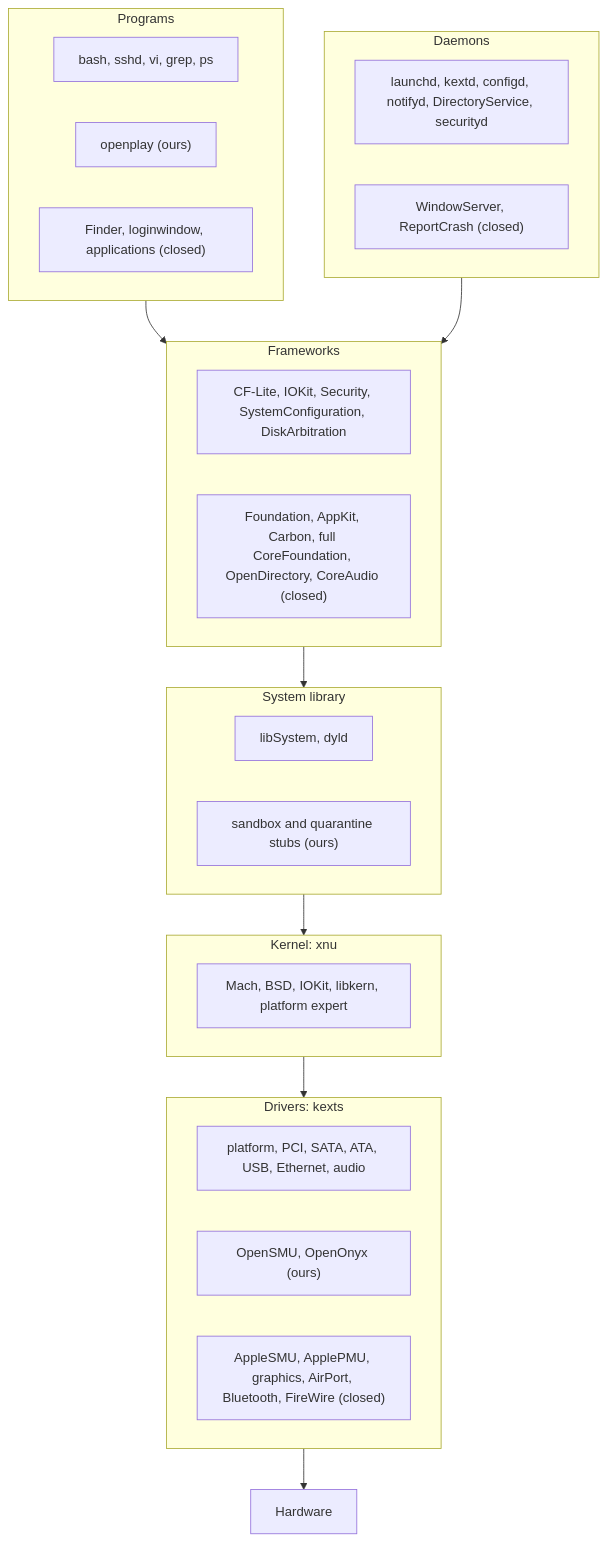
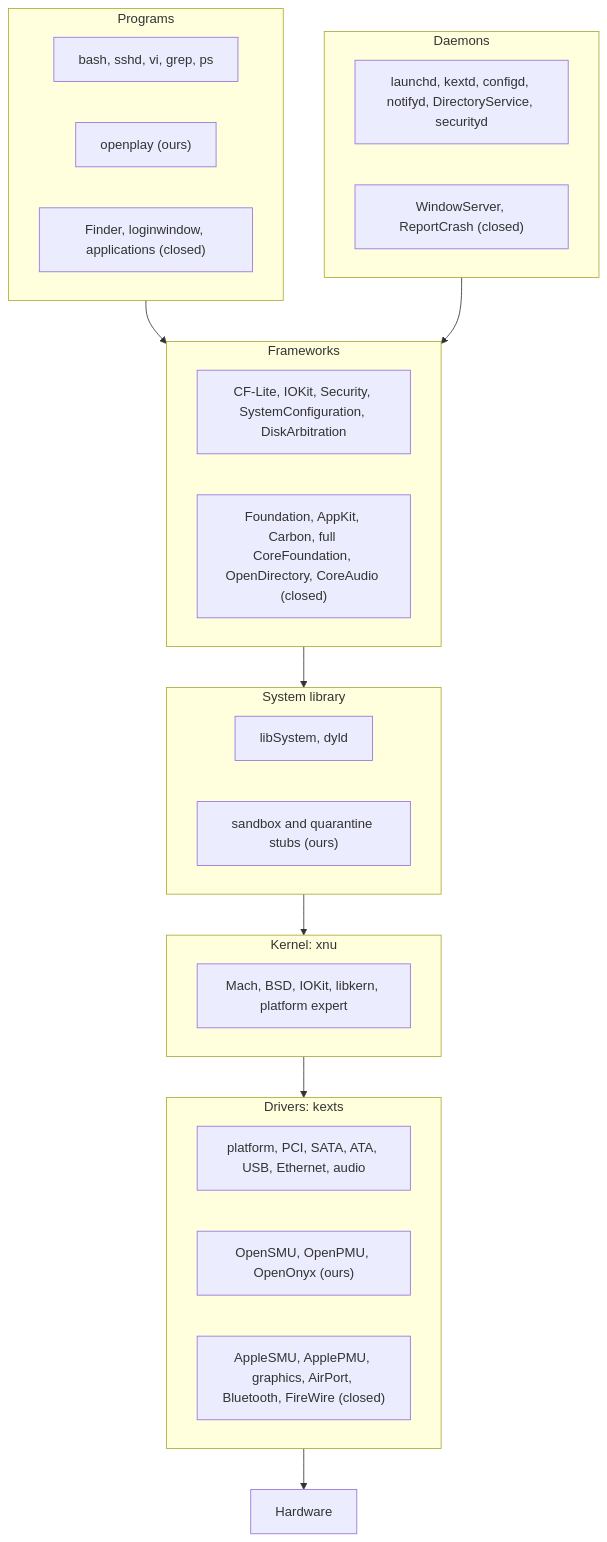
The diagram in docs/src/background/what-darwin-is.md (nyg/PowerDarwin), drawn with Mermaid before and after one commit. The commit also changed 28 other files, not shown here.

Commit message:
feat: add OpenPMU, an open stand-in for ApplePMU's clock, restart and power-off (#13)

````diff
--- a/docs/src/background/what-darwin-is.md
+++ b/docs/src/background/what-darwin-is.md
@@ -19,41 +19,41 @@
 ```mermaid
 flowchart TB
     subgraph APPS[Programs]
         direction LR
         A1["bash, sshd, vi, grep, ps"]
         A2["openplay (ours)"]
         A3["Finder, loginwindow, applications (closed)"]
     end
     subgraph DAEMONS[Daemons]
         direction LR
         D1["launchd, kextd, configd, notifyd, DirectoryService, securityd"]
         D2["WindowServer, ReportCrash (closed)"]
     end
     subgraph FW[Frameworks]
         direction LR
         F1["CF-Lite, IOKit, Security, SystemConfiguration, DiskArbitration"]
         F2["Foundation, AppKit, Carbon, full CoreFoundation, OpenDirectory, CoreAudio (closed)"]
     end
     subgraph LIB[System library]
         direction LR
         L1["libSystem, dyld"]
         L2["sandbox and quarantine stubs (ours)"]
     end
     subgraph KERN[Kernel: xnu]
         direction LR
         K1["Mach, BSD, IOKit, libkern, platform expert"]
     end
     subgraph KEXTS[Drivers: kexts]
         direction LR
         X1["platform, PCI, SATA, ATA, USB, Ethernet, audio"]
-        X2["OpenSMU, OpenOnyx (ours)"]
+        X2["OpenSMU, OpenPMU, OpenOnyx (ours)"]
         X3["AppleSMU, ApplePMU, graphics, AirPort, Bluetooth, FireWire (closed)"]
     end
     HW[Hardware]
     APPS --> FW
     DAEMONS --> FW
     FW --> LIB
     LIB --> KERN
     KERN --> KEXTS
     KEXTS --> HW
 ```
````
